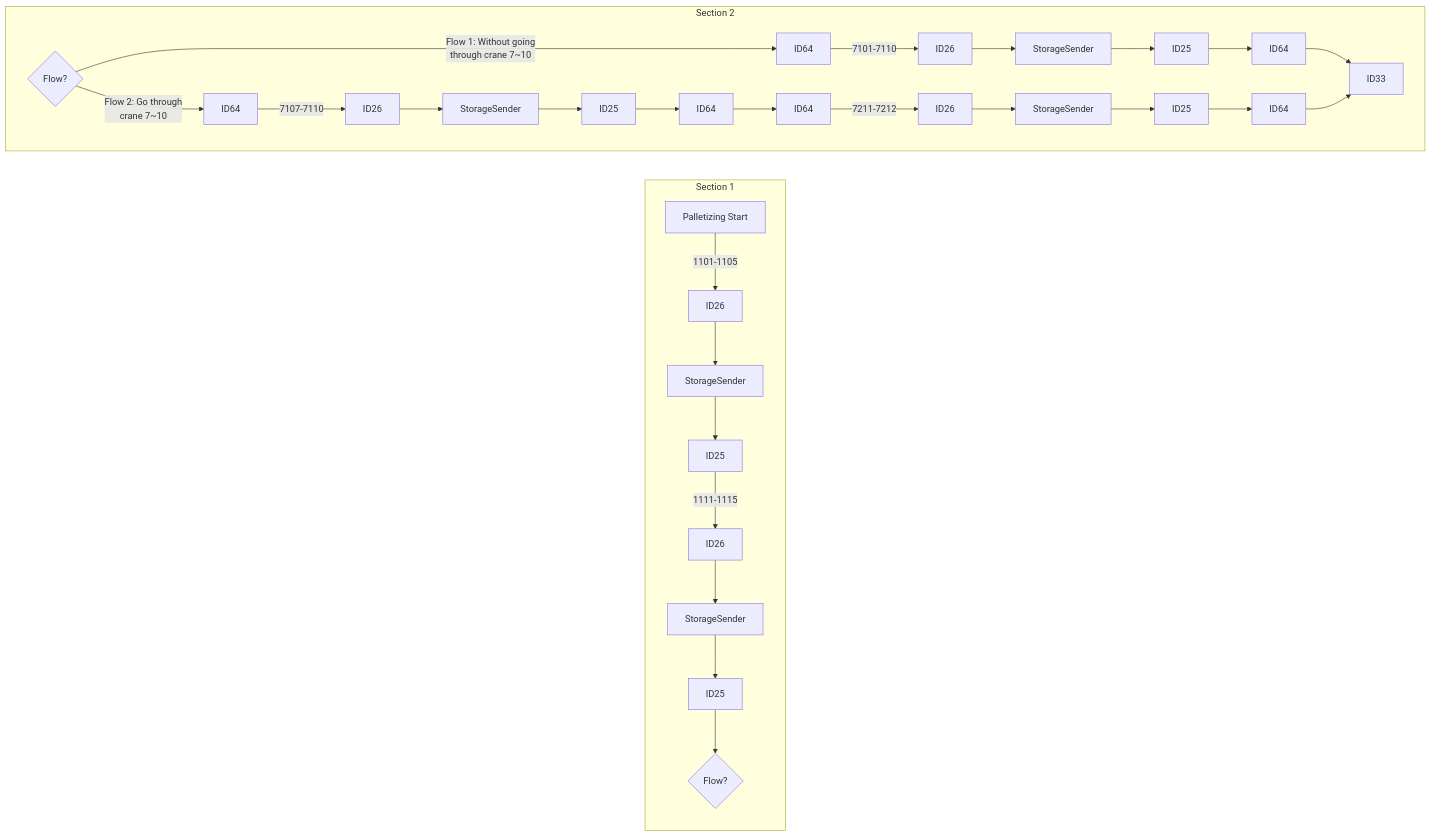
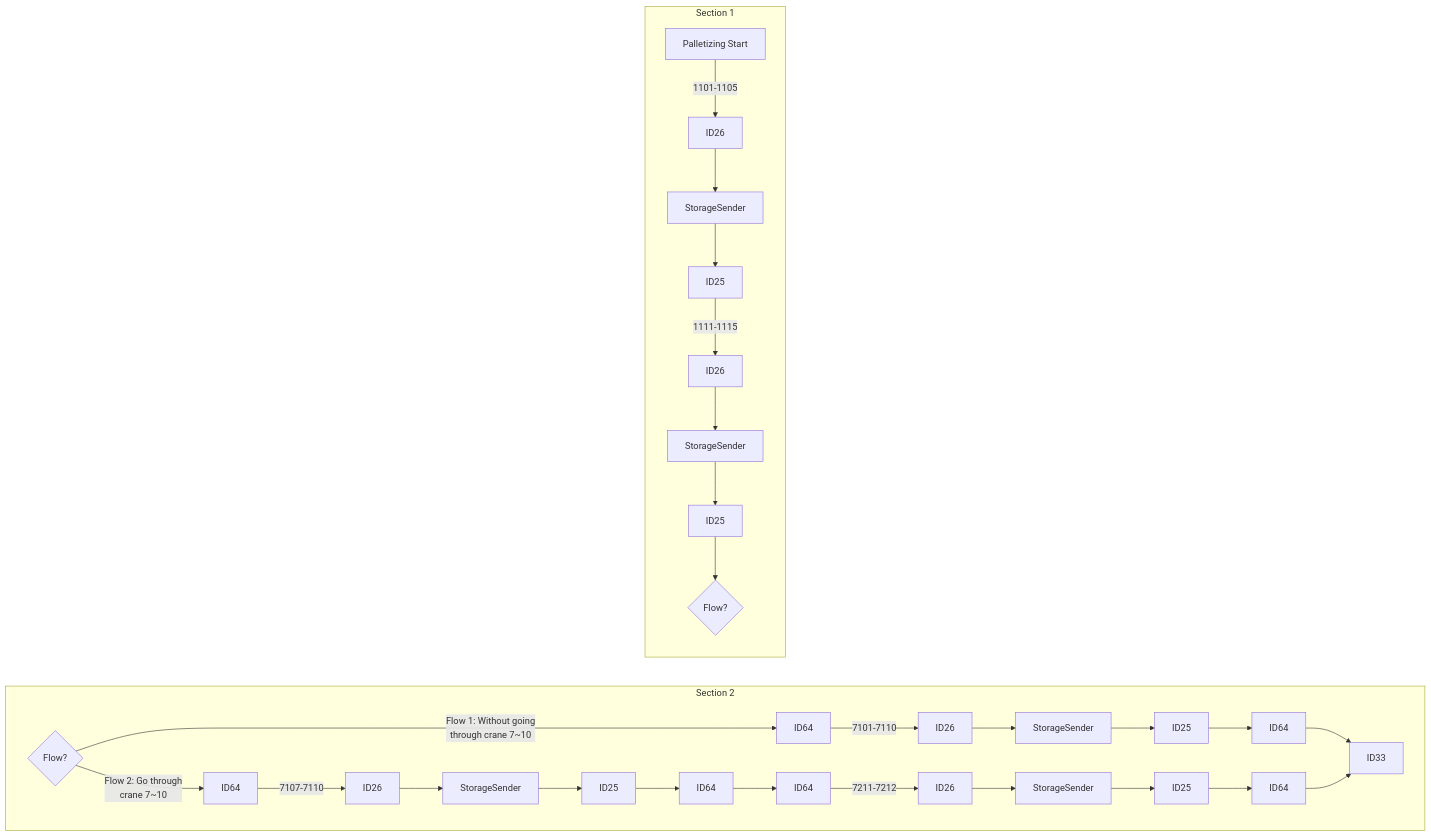
The first of 23 diagrams in Basic-Design/DFD-WMS/Storage/Palletizing-Settting/Palletize-Start.md (luthfiadityaa/SimeDarby-Wiki), drawn with Mermaid before and after one commit.

Commit message:
Updated Palletize Start

```diff
--- a/Basic-Design/DFD-WMS/Storage/Palletizing-Settting/Palletize-Start.md
+++ b/Basic-Design/DFD-WMS/Storage/Palletizing-Settting/Palletize-Start.md
@@ -5,25 +5,25 @@
 ::: mermaid
 flowchart LR
- 
-subgraph Section 1
-P1[Palletizing Start]--> |1101-1105| P2[ID26]-->P3[StorageSender]-->P4[ID25]
-P4[ID25]--> |1111-1115| P5[ID26]-->P6[StorageSender]-->P7[ID25]
-P7[ID25]-->Cond1{Flow?} 
-end  
 
 subgraph Section 2
 direction LR
 Cond2{Flow?}
 
 Cond2 --> |Flow 1: Without going 
 through crane 7~10| P8[ID64]
 Cond2 --> |Flow 2: Go through 
 crane 7~10| P9[ID64]
 
 P8[ID64]--> |7101-7110| P10[ID26]-->P11[StorageSender]-->P12[ID25]-->P13[ID64]
 P9[ID64]--> |7107-7110| P15[ID26]-->P16[StorageSender]-->P17[ID25]-->P18[ID64]-->P19[ID64]--> |7211-7212| P20[ID26]-->P21[StorageSender]-->P22[ID25]-->P23[ID64]
 
 P13[ID64]-->P14[ID33]
 P23[ID64]-->P14[ID33]
 end
+
+subgraph Section 1
+P1[Palletizing Start]--> |1101-1105| P2[ID26]-->P3[StorageSender]-->P4[ID25]
+P4[ID25]--> |1111-1115| P5[ID26]-->P6[StorageSender]-->P7[ID25]
+P7[ID25]-->Cond1{Flow?} 
+end  
 :::
```
